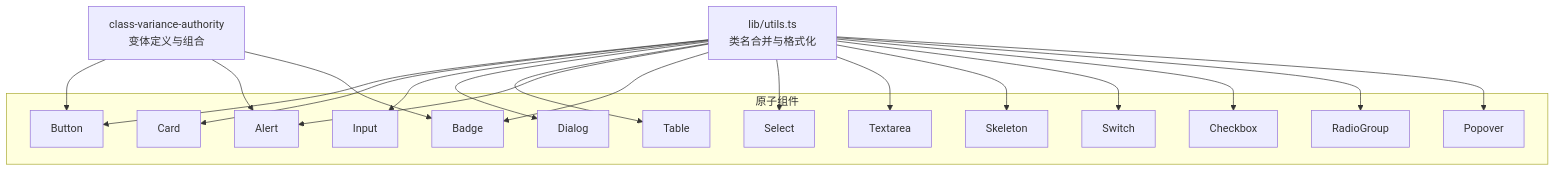
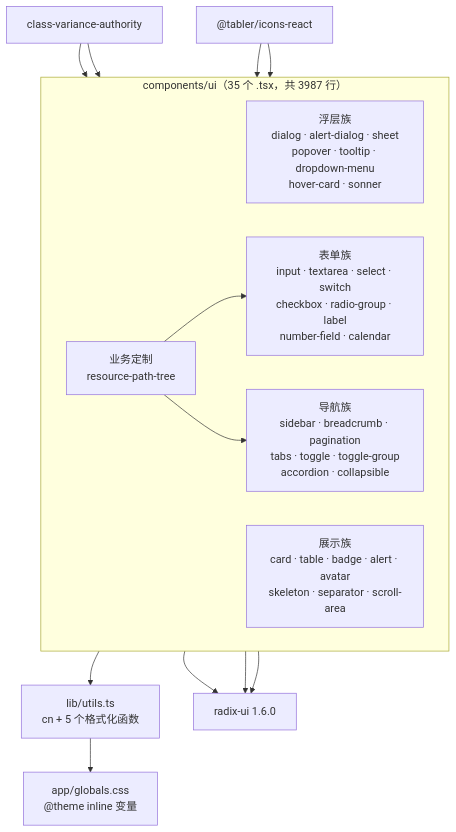
Before and after one commit to x01n/My-OpenWaf: the first of 7 diagrams in docs/前端管理界面/组件设计模式/UI 原子组件模式.md, drawn with Mermaid. The commit also changed other lines of this file and 622 other files, not shown here.

````diff
--- a/docs/前端管理界面/组件设计模式/UI 原子组件模式.md
+++ b/docs/前端管理界面/组件设计模式/UI 原子组件模式.md
@@ -159,38 +76,27 @@
 ```mermaid
 graph TB
-utils["lib/utils.ts<br/>类名合并与格式化"]
-cva["class-variance-authority<br/>变体定义与组合"]
-subgraph "原子组件"
-btn["Button"]
-card["Card"]
-input["Input"]
-dialog["Dialog"]
-table["Table"]
-alert["Alert"]
-badge["Badge"]
-select["Select"]
-textarea["Textarea"]
-skeleton["Skeleton"]
-switch["Switch"]
-checkbox["Checkbox"]
-radio_group["RadioGroup"]
-popover["Popover"]
-end
-utils --> btn
-utils --> card
-utils --> input
-utils --> dialog
-utils --> table
-utils --> alert
-utils --> badge
-utils --> select
-utils --> textarea
-utils --> skeleton
-utils --> switch
-utils --> checkbox
-utils --> radio_group
-utils --> popover
-cva --> btn
-cva --> alert
-cva --> badge
+  subgraph UI["components/ui（35 个 .tsx，共 3987 行）"]
+    direction LR
+    G1["浮层族<br/>dialog · alert-dialog · sheet<br/>popover · tooltip · dropdown-menu<br/>hover-card · sonner"]
+    G2["表单族<br/>input · textarea · select · switch<br/>checkbox · radio-group · label<br/>number-field · calendar"]
+    G3["展示族<br/>card · table · badge · alert · avatar<br/>skeleton · separator · scroll-area"]
+    G4["导航族<br/>sidebar · breadcrumb · pagination<br/>tabs · toggle · toggle-group<br/>accordion · collapsible"]
+    G5["业务定制<br/>resource-path-tree"]
+  end
+  UTIL["lib/utils.ts<br/>cn + 5 个格式化函数"]
+  CVAP["class-variance-authority"]
+  RAD["radix-ui 1.6.0"]
+  ICON["@tabler/icons-react"]
+  GCSS["app/globals.css<br/>@theme inline 变量"]
+  UI --> UTIL
+  UTIL --> GCSS
+  G1 --> RAD
+  G2 --> RAD
+  G4 --> RAD
+  G5 --> G2
+  G5 --> G4
+  CVAP --> G1
+  CVAP --> G4
+  ICON --> G1
+  ICON --> G4
 ```
````
